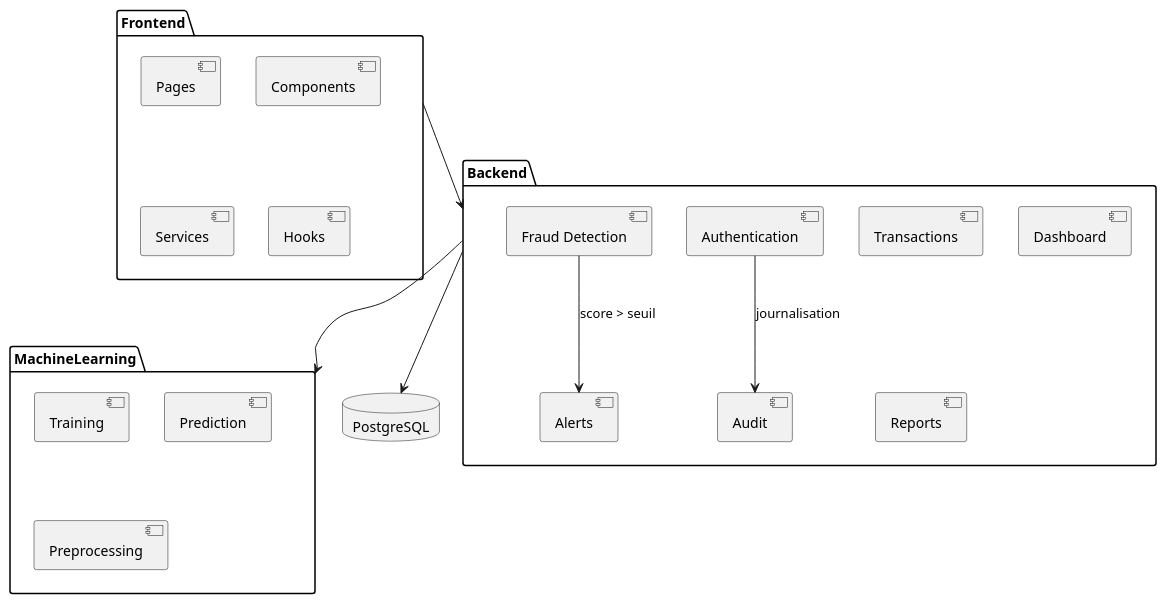
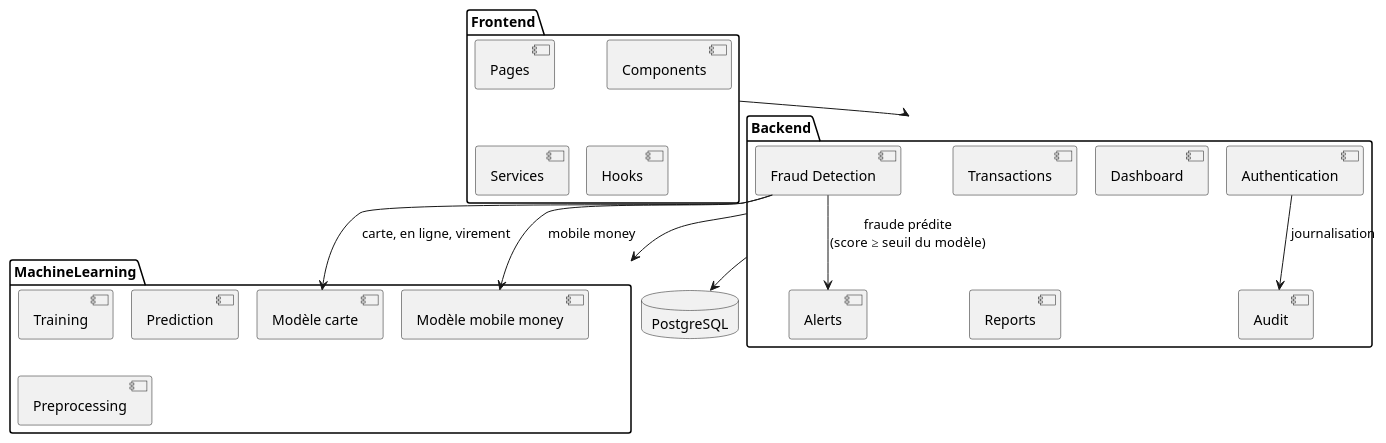
One commit to dlouisesophie-debug/plateforme-fraude-bancaire changed the diagram in docs/conception/uml/package_diagram_CORRIGE.puml. Above: the diagram before and after it, drawn with PlantUML. The commit also changed 13 other files, not shown here.

First line of the commit message:
docs: diagrammes UML à jour (suspension, deux modèles, séquence réelle)

```diff
--- a/docs/conception/uml/package_diagram_CORRIGE.puml
+++ b/docs/conception/uml/package_diagram_CORRIGE.puml
@@ -1,32 +1,38 @@
 @startuml
+' Mis à jour le 19/11/2026 : deux modèles ML, alerte sur fraude prédite.
+!pragma layout smetana
 package "Frontend" {
   [Pages]
   [Components]
   [Services]
   [Hooks]
 }
 
 package "Backend" {
   [Authentication]
   [Transactions]
   [Alerts]
   [Dashboard]
   [Fraud Detection]
   [Audit]
   [Reports]
 }
 
 package "MachineLearning" {
   [Training]
   [Prediction]
   [Preprocessing]
+  [Modèle carte] as MC
+  [Modèle mobile money] as MM
 }
 
 database "PostgreSQL"
 
 Frontend --> Backend
 Backend --> PostgreSQL
 Backend --> MachineLearning
-[Fraud Detection] --> [Alerts] : score > seuil
+[Fraud Detection] --> [Alerts] : fraude prédite\n(score ≥ seuil du modèle)
+[Fraud Detection] --> MC : carte, en ligne, virement
+[Fraud Detection] --> MM : mobile money
 [Authentication] --> [Audit] : journalisation
 @enduml
```
